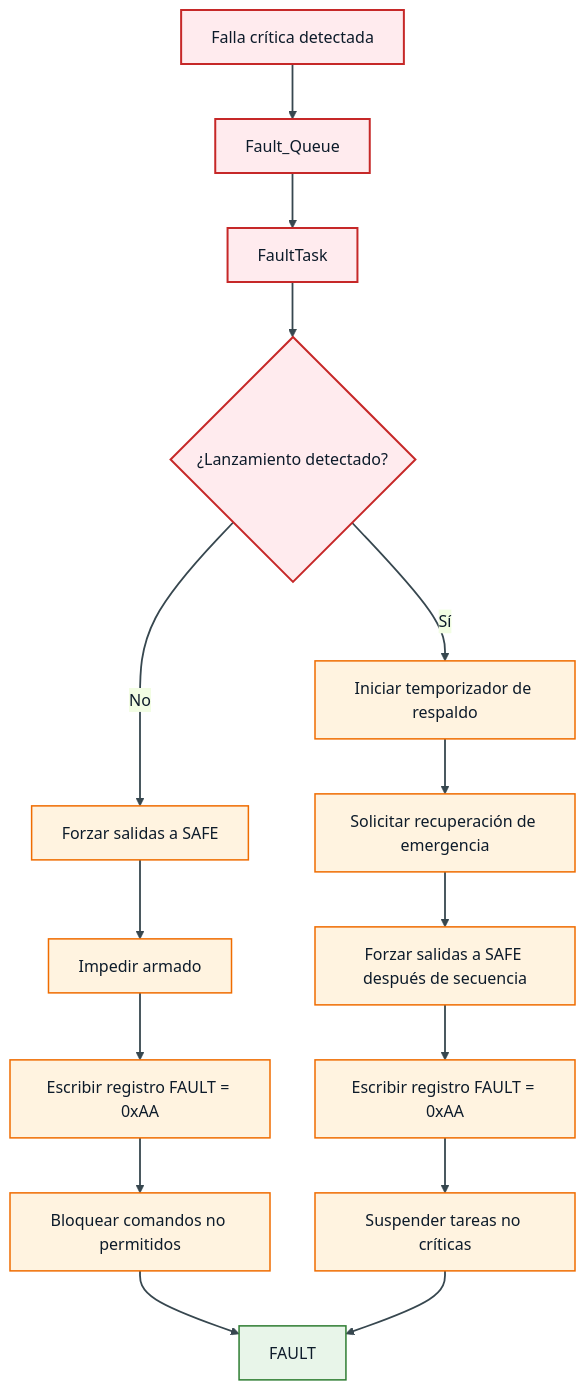
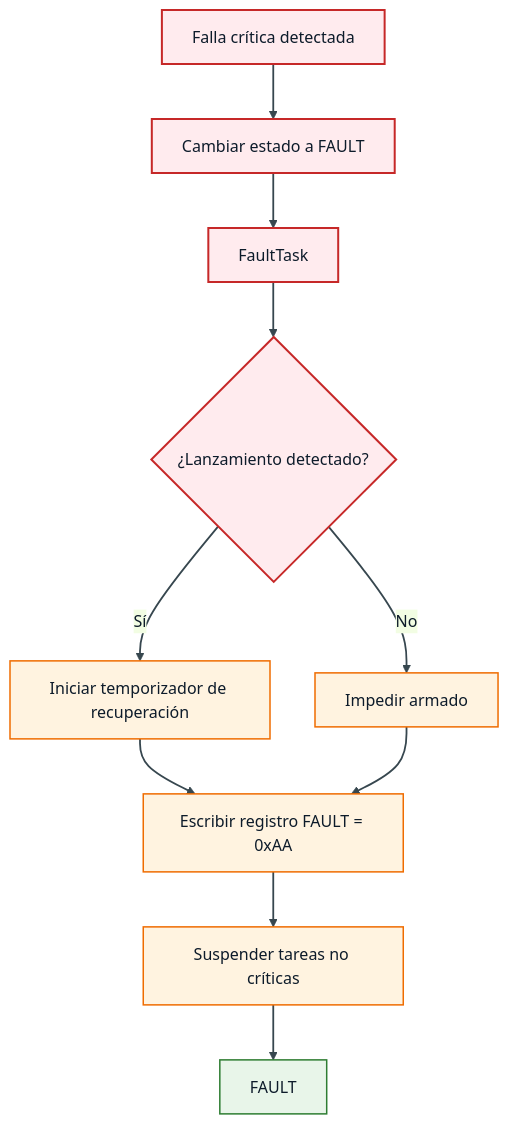
The fourth of 5 diagrams in docs/Controladora De Vuelo V2/Firmware/arquitectura.md (cdealbagtz/TheRocketProject), drawn with Mermaid before and after one commit. The commit also changed other lines of this file and 1 other file, not shown here.

````diff
--- a/docs/Controladora De Vuelo V2/Firmware/arquitectura.md
+++ b/docs/Controladora De Vuelo V2/Firmware/arquitectura.md
@@ -969,53 +701,50 @@
 ```mermaid
 %%{init: {
   "theme": "base",
   "flowchart": {
     "htmlLabels": true,
     "curve": "basis",
     "nodeSpacing": 45,
     "rankSpacing": 55
   },
   "themeVariables": {
     "background": "#ffffff",
     "mainBkg": "#ffffff",
     "fontFamily": "Roboto, Arial, sans-serif",
     "fontSize": "16px",
     "primaryColor": "#e3f2fd",
     "primaryTextColor": "#0d1b2a",
     "primaryBorderColor": "#1565c0",
     "lineColor": "#37474f",
     "textColor": "#0d1b2a",
     "clusterBkg": "#f8fafc",
     "clusterBorder": "#90a4ae"
   }
 }}%%
 
 flowchart TB
-    A["Falla crítica detectada"] --> B["Fault_Queue"]
+    A["Falla crítica detectada"] --> B["Cambiar estado a FAULT"]
     B --> C["FaultTask"]
     C --> D{"¿Lanzamiento detectado?"}
 
-    D -- "No" --> E["Forzar salidas a SAFE"]
-    E --> F["Impedir armado"]
-    F --> G["Escribir registro FAULT = 0xAA"]
-    G --> H["Bloquear comandos no permitidos"]
+    D -- "No" --> E["Impedir armado"]
 
-    D -- "Sí" --> I["Iniciar temporizador de respaldo"]
-    I --> J["Solicitar recuperación de emergencia"]
-    J --> K["Forzar salidas a SAFE después de secuencia"]
-    K --> L["Escribir registro FAULT = 0xAA"]
-    L --> M["Suspender tareas no críticas"]
 
-    H --> N["FAULT"]
-    M --> N
+    D -- "Sí" --> I["Iniciar temporizador de recuperación"]
+    
+    I --> F
+    E --> F["Escribir registro FAULT = 0xAA"]
+    F --> G["Suspender tareas no críticas"]
+    G --> N["FAULT"]
+
 
     classDef fault fill:#ffebee,stroke:#c62828,stroke-width:2px,color:#0d1b2a;
     classDef action fill:#fff3e0,stroke:#ef6c00,stroke-width:1.5px,color:#0d1b2a;
     classDef safe fill:#e8f5e9,stroke:#2e7d32,stroke-width:1.5px,color:#0d1b2a;
 
     class A,B,C,D,N fault;
     class E,F,G,H,I,J,K,L,M action;
     class N safe;
 
     linkStyle default stroke:#37474f,stroke-width:1.8px;
 ```
````
